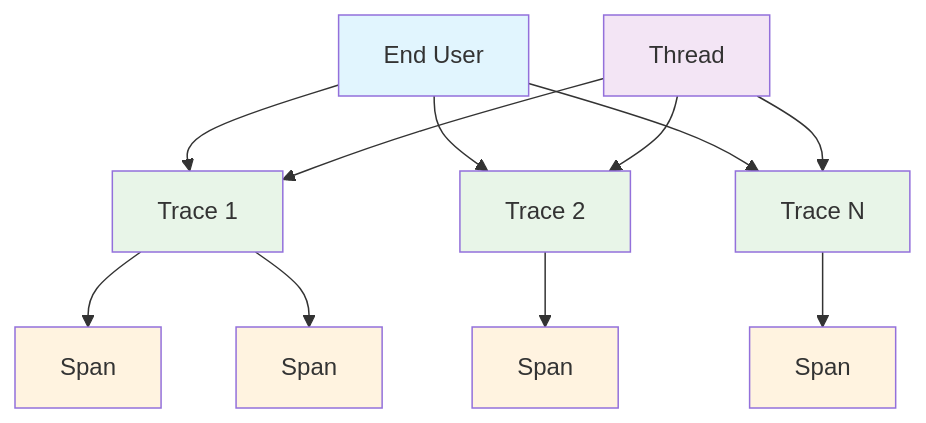
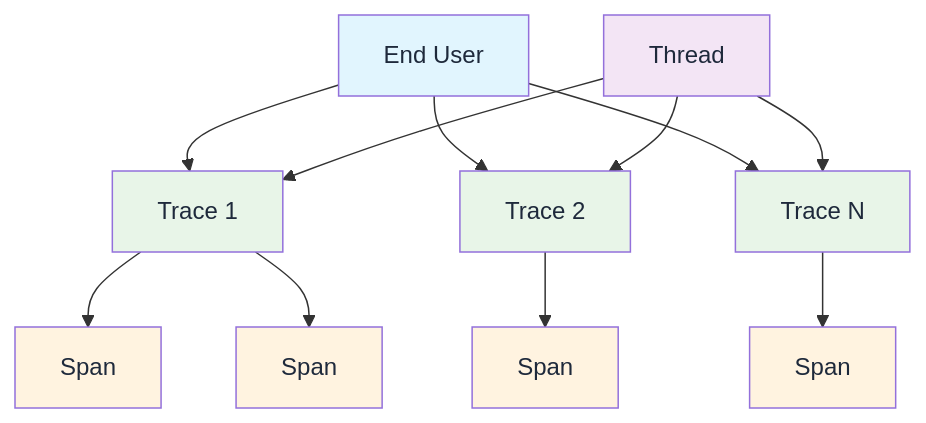
One commit to confident-ai/confident-docs changed the first of 5 diagrams in fern/docs/api-docs/data-models.mdx. Above: the diagram before and after it, drawn with Mermaid. The commit also changed other lines of this file and 13 other files, not shown here.

````diff
--- a/fern/docs/api-docs/data-models.mdx
+++ b/fern/docs/api-docs/data-models.mdx
@@ -25,25 +25,25 @@
 ```mermaid
 graph TD
     A[End User] --> C[Trace 1]
     A --> D[Trace 2]
     A --> E[Trace N]
 
     B[Thread] --> C
     B --> D
     B --> E
 
     C --> F[Span]
     C --> G[Span]
     D --> H[Span]
     E --> I[Span]
 
-    style A fill:#e1f5fe
-    style B fill:#f3e5f5
-    style C fill:#e8f5e8
-    style D fill:#e8f5e8
-    style E fill:#e8f5e8
-    style F fill:#fff3e0
-    style G fill:#fff3e0
-    style H fill:#fff3e0
-    style I fill:#fff3e0
+    style A fill:#e1f5fe,color:#1e293b
+    style B fill:#f3e5f5,color:#1e293b
+    style C fill:#e8f5e8,color:#1e293b
+    style D fill:#e8f5e8,color:#1e293b
+    style E fill:#e8f5e8,color:#1e293b
+    style F fill:#fff3e0,color:#1e293b
+    style G fill:#fff3e0,color:#1e293b
+    style H fill:#fff3e0,color:#1e293b
+    style I fill:#fff3e0,color:#1e293b
 ```
````
